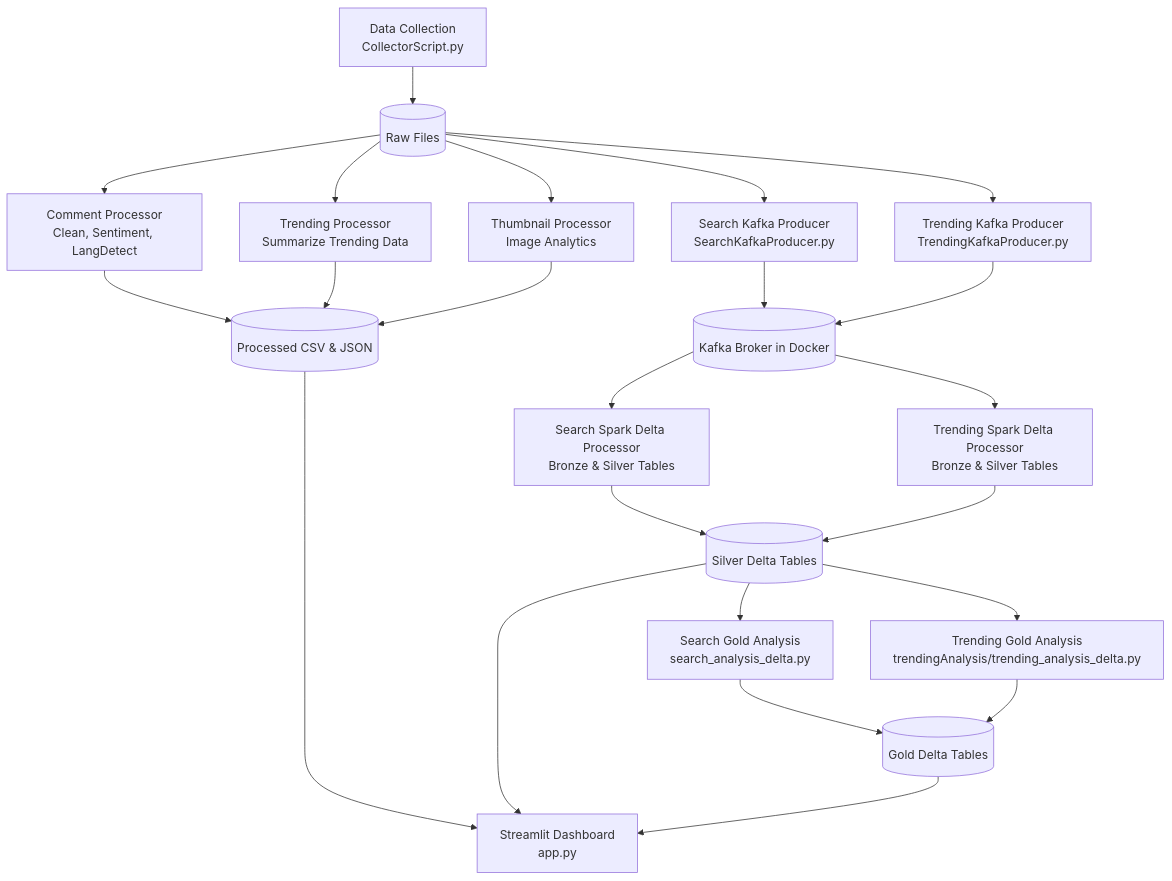
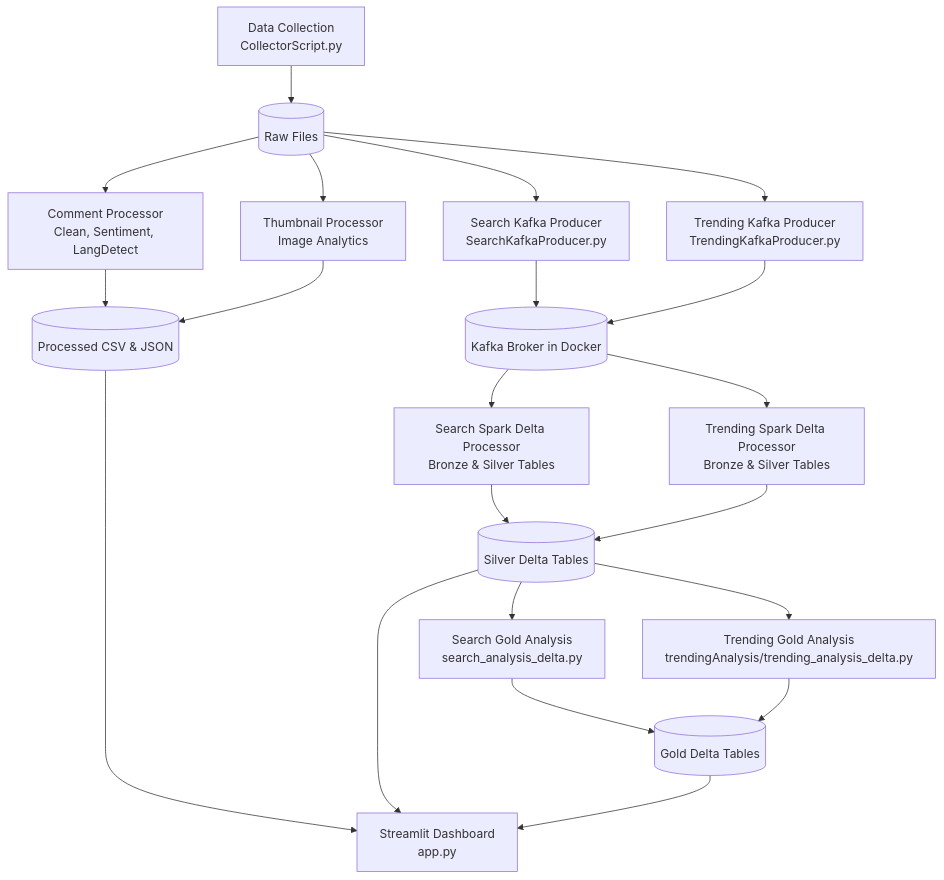
Before and after one commit to KayG2310/youtube-dashboard: the diagram in README.md, drawn with Mermaid.

Commit message:
Update flowchart by removing Trending Processor as we are using delta lakes for trending data.
Removed references to the Trending Processor from the flowchart.

````diff
--- a/README.md
+++ b/README.md
@@ -3,29 +3,27 @@
 ```mermaid
 flowchart TD
     Col[Data Collection\nCollectorScript.py] --> RawDir[(Raw Files)]
     
     RawDir --> CmtProc[Comment Processor\nClean, Sentiment, LangDetect]
-    RawDir --> TrdProc[Trending Processor\nSummarize Trending Data]
     RawDir --> TmbProc[Thumbnail Processor\nImage Analytics]
     
     CmtProc --> ProcDir[(Processed CSV & JSON)]
-    TrdProc --> ProcDir
     TmbProc --> ProcDir
     
     RawDir --> SearchProd[Search Kafka Producer\nSearchKafkaProducer.py]
     RawDir --> TrendingProd[Trending Kafka Producer\nTrendingKafkaProducer.py]
     SearchProd --> Kafka[(Kafka Broker in Docker)]
     TrendingProd --> Kafka
     Kafka --> SearchDeltaProc[Search Spark Delta Processor\nBronze & Silver Tables]
     Kafka --> TrendingDeltaProc[Trending Spark Delta Processor\nBronze & Silver Tables]
     SearchDeltaProc --> DeltaDir[(Silver Delta Tables)]
     TrendingDeltaProc --> DeltaDir
     DeltaDir --> SearchDeltaGold[Search Gold Analysis\nsearch_analysis_delta.py]
     DeltaDir --> TrendingDeltaGold[Trending Gold Analysis\ntrendingAnalysis/trending_analysis_delta.py]
     SearchDeltaGold --> DeltaGoldDir[(Gold Delta Tables)]
     TrendingDeltaGold --> DeltaGoldDir
     
     ProcDir --> Dash[Streamlit Dashboard\napp.py]
     DeltaDir --> Dash
     DeltaGoldDir --> Dash
 ```
````
